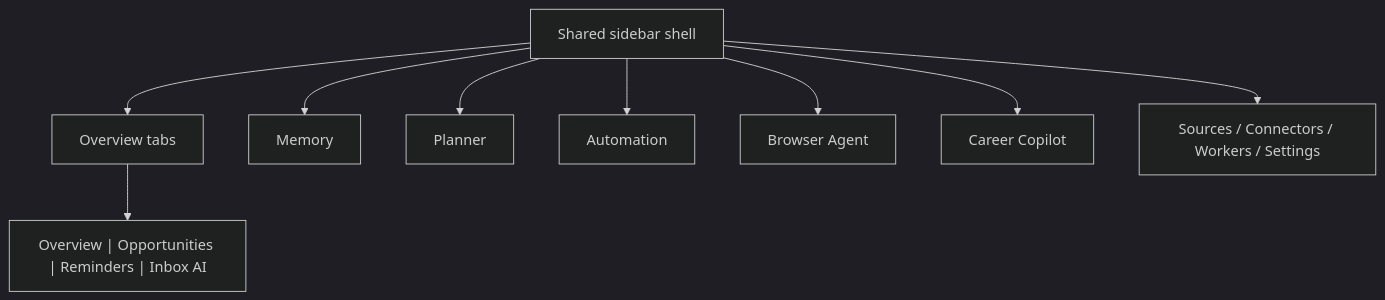
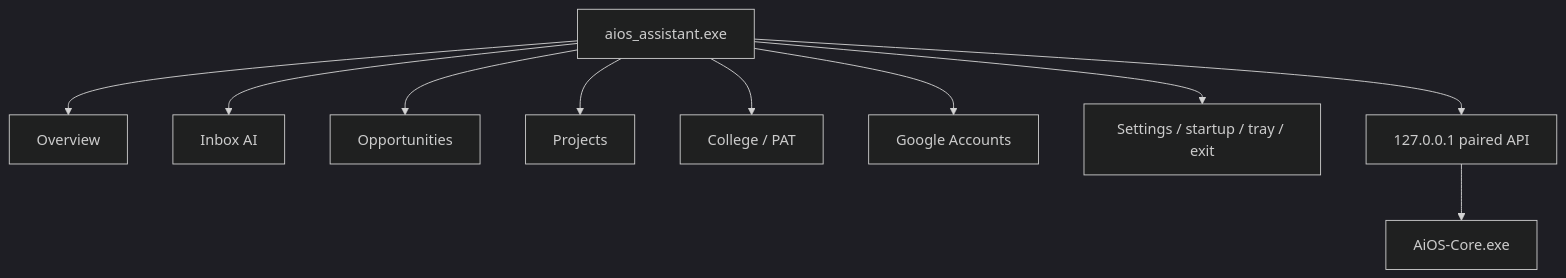
Before and after one commit to AnuranjanJain/aios-assistant: the second of 2 diagrams in README.md, drawn with Mermaid (dark theme). The commit also changed other lines of this file and 3 other files, not shown here.

````diff
--- a/README.md
+++ b/README.md
@@ -161,11 +143,12 @@
 ```mermaid
 flowchart TB
-    S["Shared sidebar shell"] --> O["Overview tabs"]
-    S --> M["Memory"]
-    S --> P["Planner"]
-    S --> A["Automation"]
-    S --> B["Browser Agent"]
-    S --> C["Career Copilot"]
-    S --> X["Sources / Connectors / Workers / Settings"]
-    O --> T["Overview | Opportunities | Reminders | Inbox AI"]
+    W["aios_assistant.exe"] --> O["Overview"]
+    W --> I["Inbox AI"]
+    W --> H["Opportunities"]
+    W --> P["Projects"]
+    W --> C["College / PAT"]
+    W --> G["Google Accounts"]
+    W --> S["Settings / startup / tray / exit"]
+    W --> A["127.0.0.1 paired API"]
+    A --> K["AiOS-Core.exe"]
 ```
````
